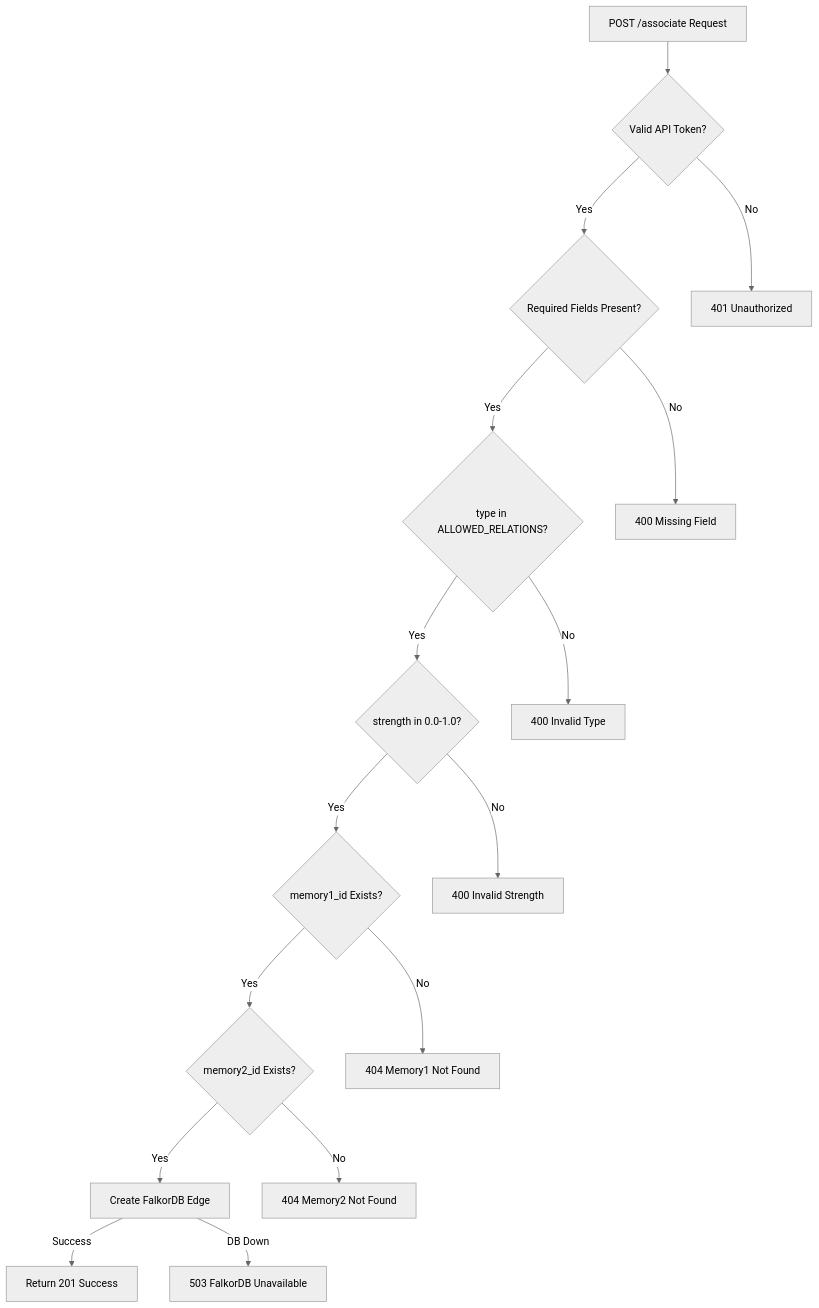
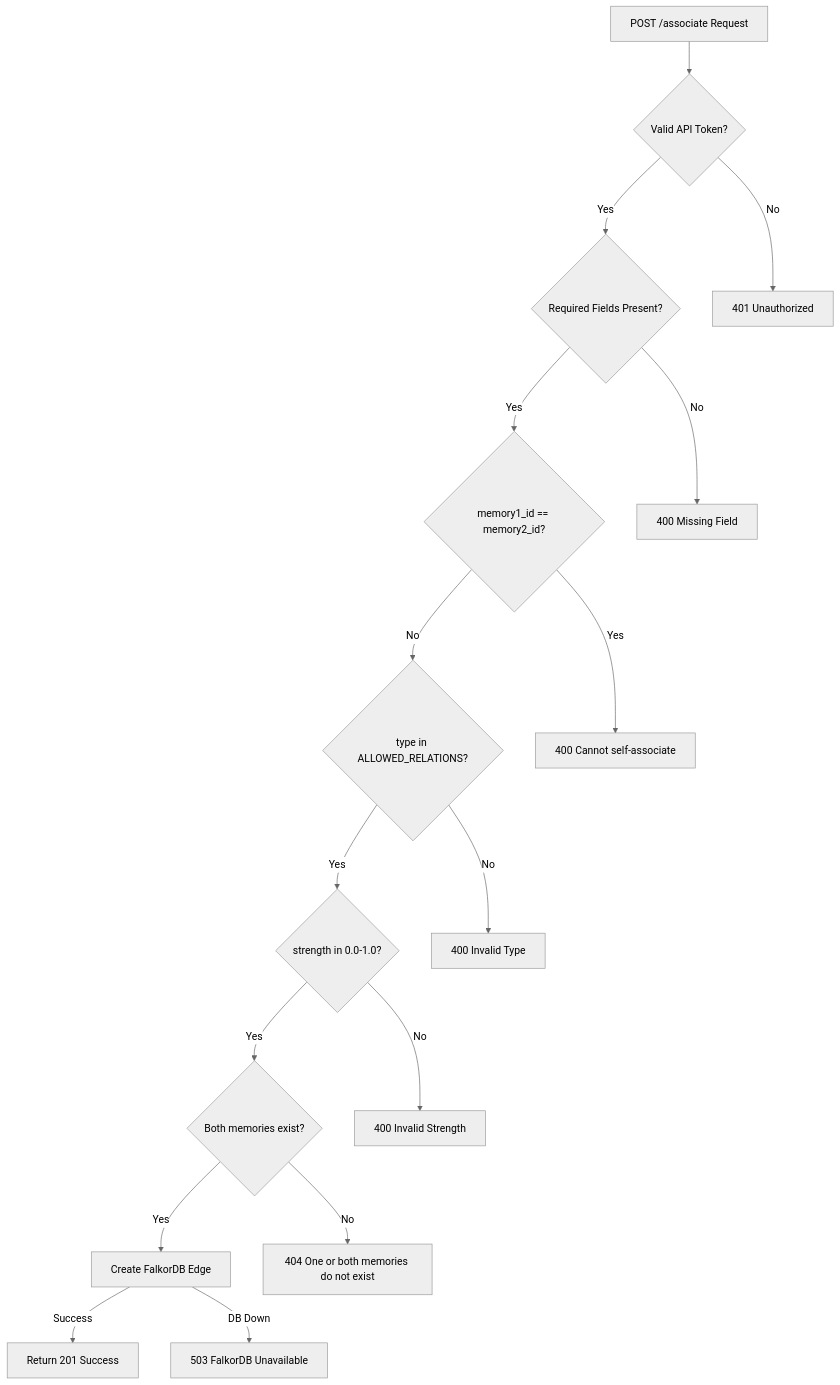
One commit to verygoodplugins/automem-website changed the second of 5 diagrams in src/content/docs/docs/reference/api/relationships.md. Above: the diagram before and after it, drawn with Mermaid (neutral theme). The commit also changed other lines of this file and 48 other files, not shown here.

````diff
--- a/src/content/docs/docs/reference/api/relationships.md
+++ b/src/content/docs/docs/reference/api/relationships.md
@@ -171,36 +171,36 @@
 ```mermaid
 flowchart TD
     Request["POST /associate Request"]
     AuthCheck{"Valid API Token?"}
     FieldCheck{"Required Fields Present?"}
+    SelfCheck{"memory1_id == memory2_id?"}
     TypeCheck{"type in ALLOWED_RELATIONS?"}
     StrengthCheck{"strength in 0.0-1.0?"}
-    Memory1Check{"memory1_id Exists?"}
-    Memory2Check{"memory2_id Exists?"}
+    MemoryCheck{"Both memories exist?"}
     CreateEdge["Create FalkorDB Edge"]
     Success["Return 201 Success"]
 
     Err401["401 Unauthorized"]
     Err400Field["400 Missing Field"]
+    Err400Self["400 Cannot self-associate"]
     Err400Type["400 Invalid Type"]
     Err400Strength["400 Invalid Strength"]
-    Err404Mem1["404 Memory1 Not Found"]
-    Err404Mem2["404 Memory2 Not Found"]
+    Err404["404 One or both memories do not exist"]
     Err503["503 FalkorDB Unavailable"]
 
     Request --> AuthCheck
     AuthCheck -->|No| Err401
     AuthCheck -->|Yes| FieldCheck
     FieldCheck -->|No| Err400Field
-    FieldCheck -->|Yes| TypeCheck
+    FieldCheck -->|Yes| SelfCheck
+    SelfCheck -->|Yes| Err400Self
+    SelfCheck -->|No| TypeCheck
     TypeCheck -->|No| Err400Type
     TypeCheck -->|Yes| StrengthCheck
     StrengthCheck -->|No| Err400Strength
-    StrengthCheck -->|Yes| Memory1Check
-    Memory1Check -->|No| Err404Mem1
-    Memory1Check -->|Yes| Memory2Check
-    Memory2Check -->|No| Err404Mem2
-    Memory2Check -->|Yes| CreateEdge
+    StrengthCheck -->|Yes| MemoryCheck
+    MemoryCheck -->|No| Err404
+    MemoryCheck -->|Yes| CreateEdge
     CreateEdge -->|Success| Success
     CreateEdge -->|DB Down| Err503
 ```
````
